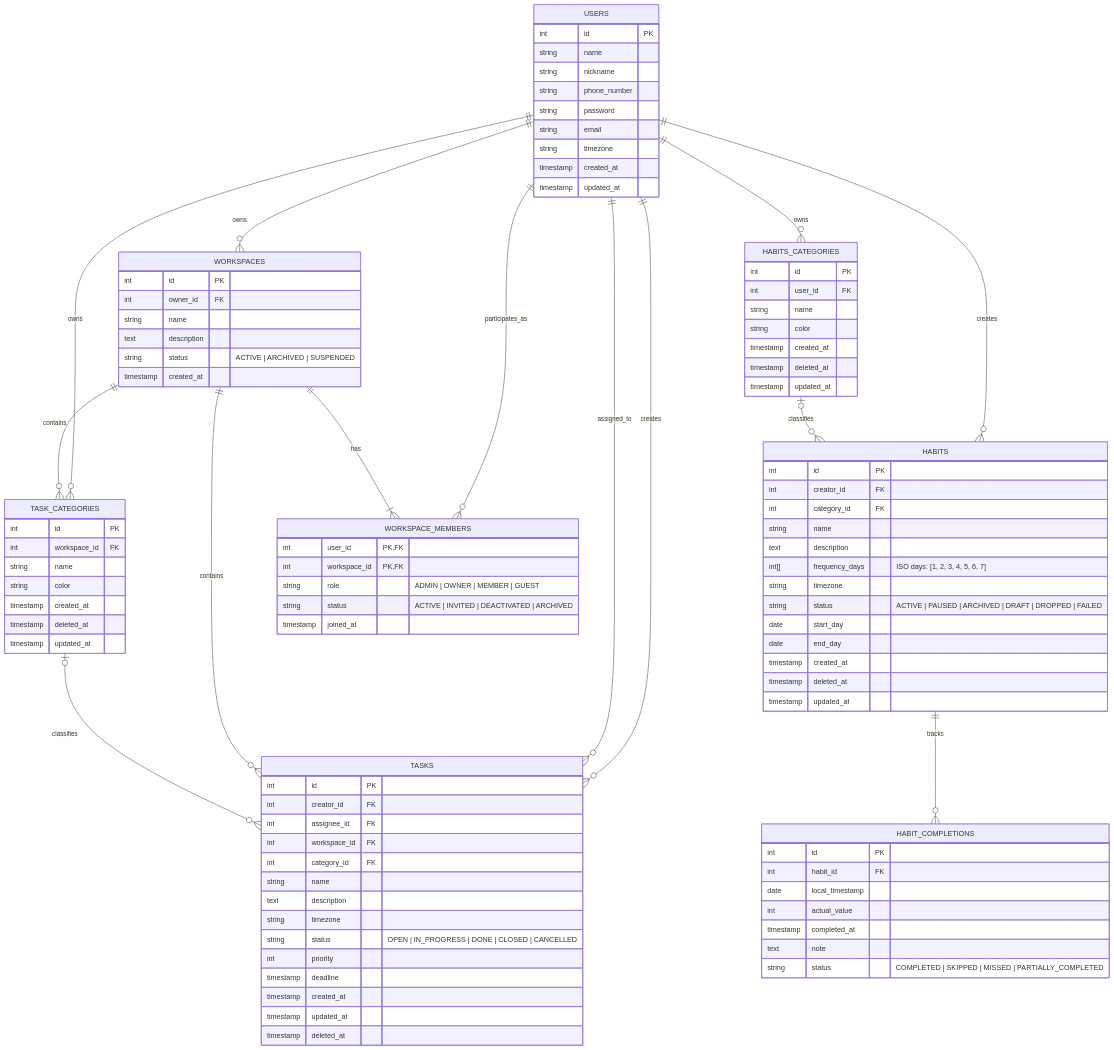
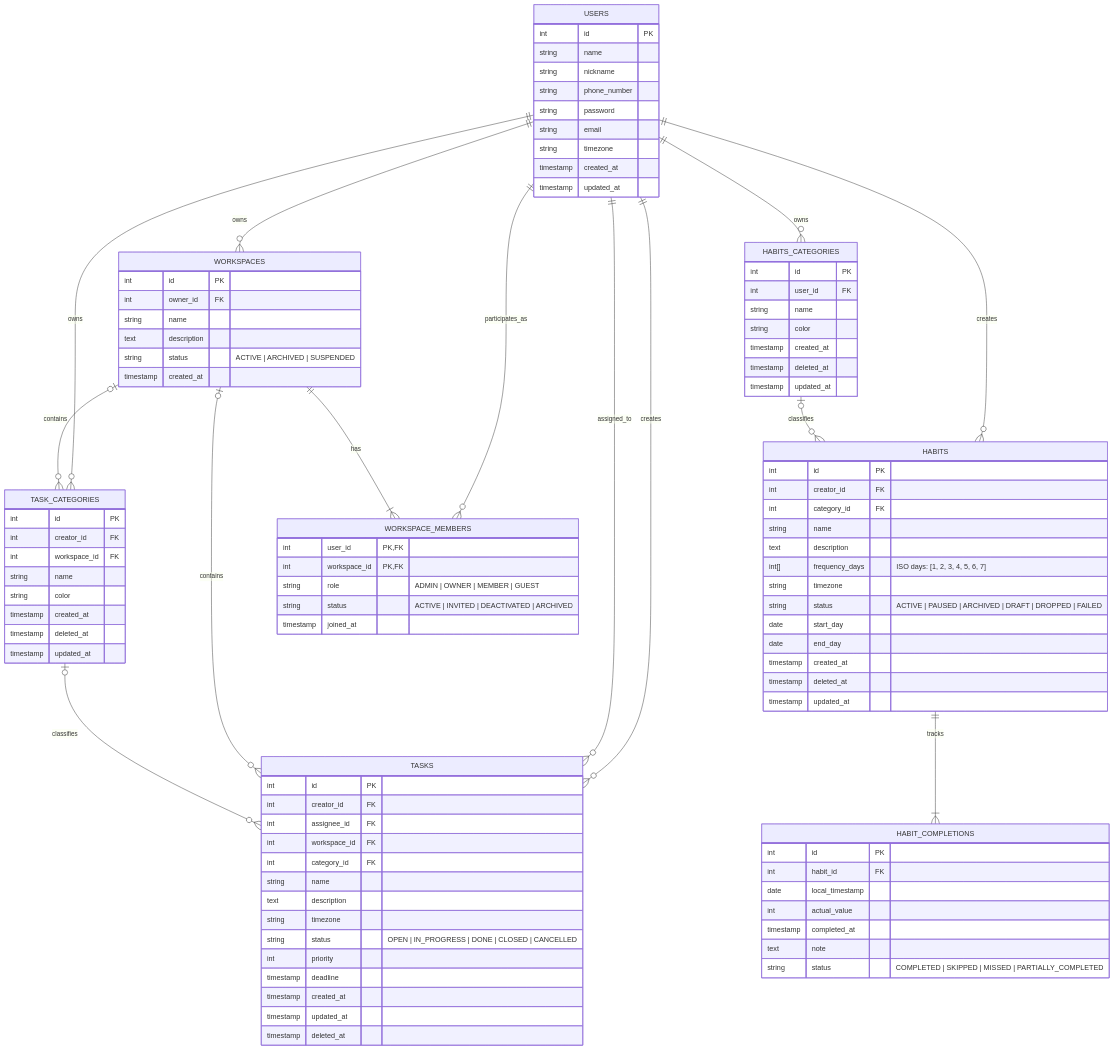
Before and after one commit to ZheniaTrochun/db-intro-course: the diagram in labs/1 - ER Diagram/diagramm.mmd, drawn with Mermaid. The commit also changed 14 other files, not shown here.

```diff
--- a/labs/1 - ER Diagram/diagramm.mmd
+++ b/labs/1 - ER Diagram/diagramm.mmd
@@ -1,108 +1,109 @@
 erDiagram
   USERS ||--o{ HABITS : "creates"
   USERS ||--o{ TASKS : "creates"
   USERS ||--o{ TASKS : "assigned_to"
   USERS ||--o{ WORKSPACES : "owns"
   USERS ||--o{ TASK_CATEGORIES : "owns"
   USERS ||--o{ HABITS_CATEGORIES : "owns"
   USERS ||--o{ WORKSPACE_MEMBERS : "participates_as"
 
   WORKSPACES ||--|{ WORKSPACE_MEMBERS : "has"
-  WORKSPACES ||--o{ TASKS : "contains"
-  WORKSPACES ||--o{ TASK_CATEGORIES : "contains"
+  WORKSPACES |o--o{ TASKS : "contains"
+  WORKSPACES |o--o{ TASK_CATEGORIES : "contains"
 
-  HABITS ||--o{ HABIT_COMPLETIONS : "tracks"
+  HABITS ||--|{ HABIT_COMPLETIONS : "tracks"
   TASK_CATEGORIES |o--o{ TASKS : "classifies"
   HABITS_CATEGORIES |o--o{ HABITS : "classifies"
 
   USERS {
     int id PK
     string name 
     string nickname
     string phone_number
     string password 
     string email 
     string timezone
     timestamp created_at
     timestamp updated_at
   }
 
   HABITS {
     int id PK
     int creator_id FK
     int category_id FK
     string name 
     text description
     int[] frequency_days "ISO days: [1, 2, 3, 4, 5, 6, 7]"
     string timezone
     string status "ACTIVE | PAUSED | ARCHIVED | DRAFT | DROPPED | FAILED"
     date start_day 
     date end_day 
     timestamp created_at
     timestamp deleted_at
     timestamp updated_at
   }
 
   HABIT_COMPLETIONS {
     int id PK
     int habit_id FK
     date local_timestamp
     int actual_value
     timestamp completed_at
     text note 
     string status "COMPLETED | SKIPPED | MISSED | PARTIALLY_COMPLETED"
   }
 
   TASKS {
     int id PK
     int creator_id FK
     int assignee_id FK
     int workspace_id FK
     int category_id FK
     string name
     text description
     string timezone
     string status "OPEN | IN_PROGRESS | DONE | CLOSED | CANCELLED"
     int priority
     timestamp deadline 
     timestamp created_at
     timestamp updated_at
     timestamp deleted_at 
   }
 
   TASK_CATEGORIES {
     int id PK
+    int creator_id FK 
     int workspace_id FK
     string name
     string color
     timestamp created_at
     timestamp deleted_at
     timestamp updated_at
   }
 
   HABITS_CATEGORIES {
     int id PK
     int user_id FK
     string name
     string color
     timestamp created_at
     timestamp deleted_at
     timestamp updated_at
   }
 
   WORKSPACES {
     int id PK
     int owner_id FK
     string name 
     text description 
     string status "ACTIVE | ARCHIVED | SUSPENDED"
     timestamp created_at
   }
 
   WORKSPACE_MEMBERS {
     int user_id PK,FK
     int workspace_id PK,FK
     string role "ADMIN | OWNER | MEMBER | GUEST"
     string status "ACTIVE | INVITED | DEACTIVATED | ARCHIVED"
     timestamp joined_at
   }
```
